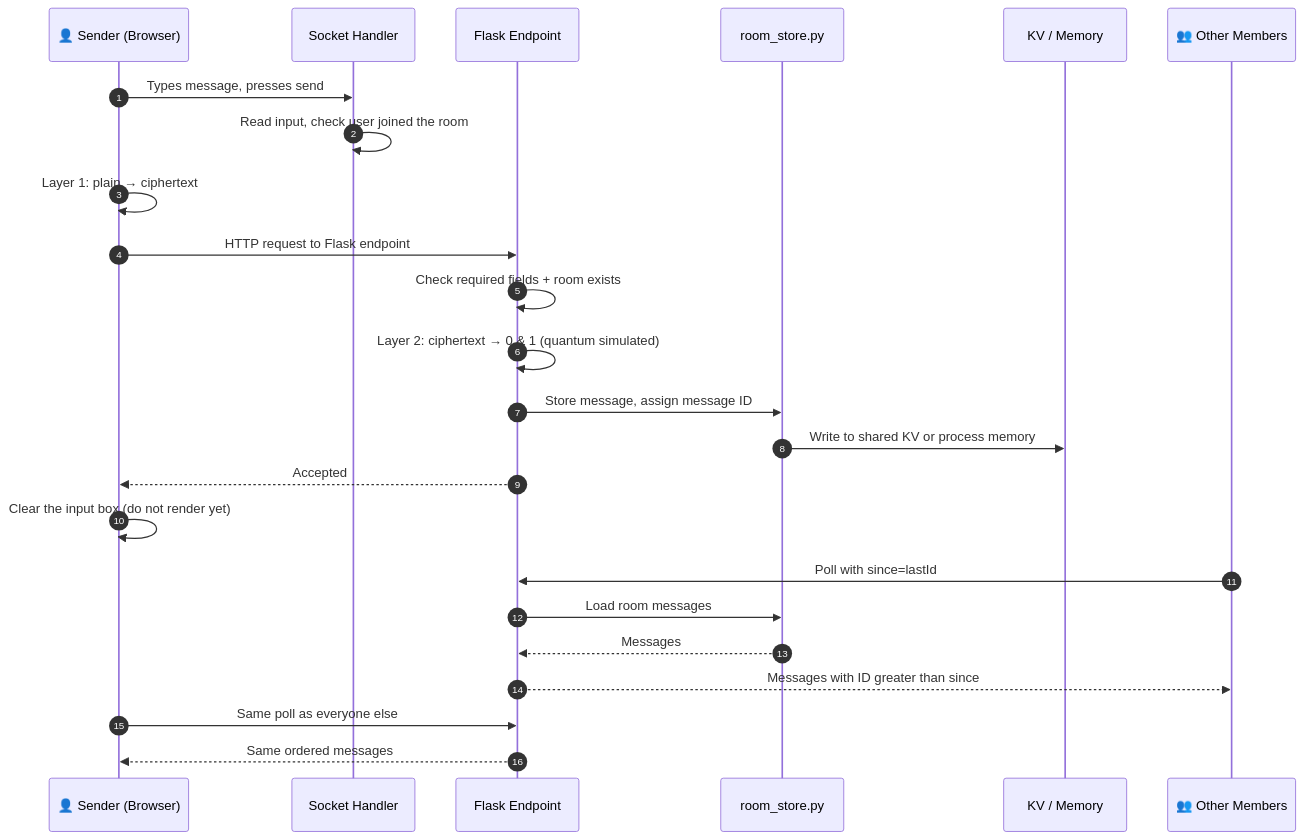
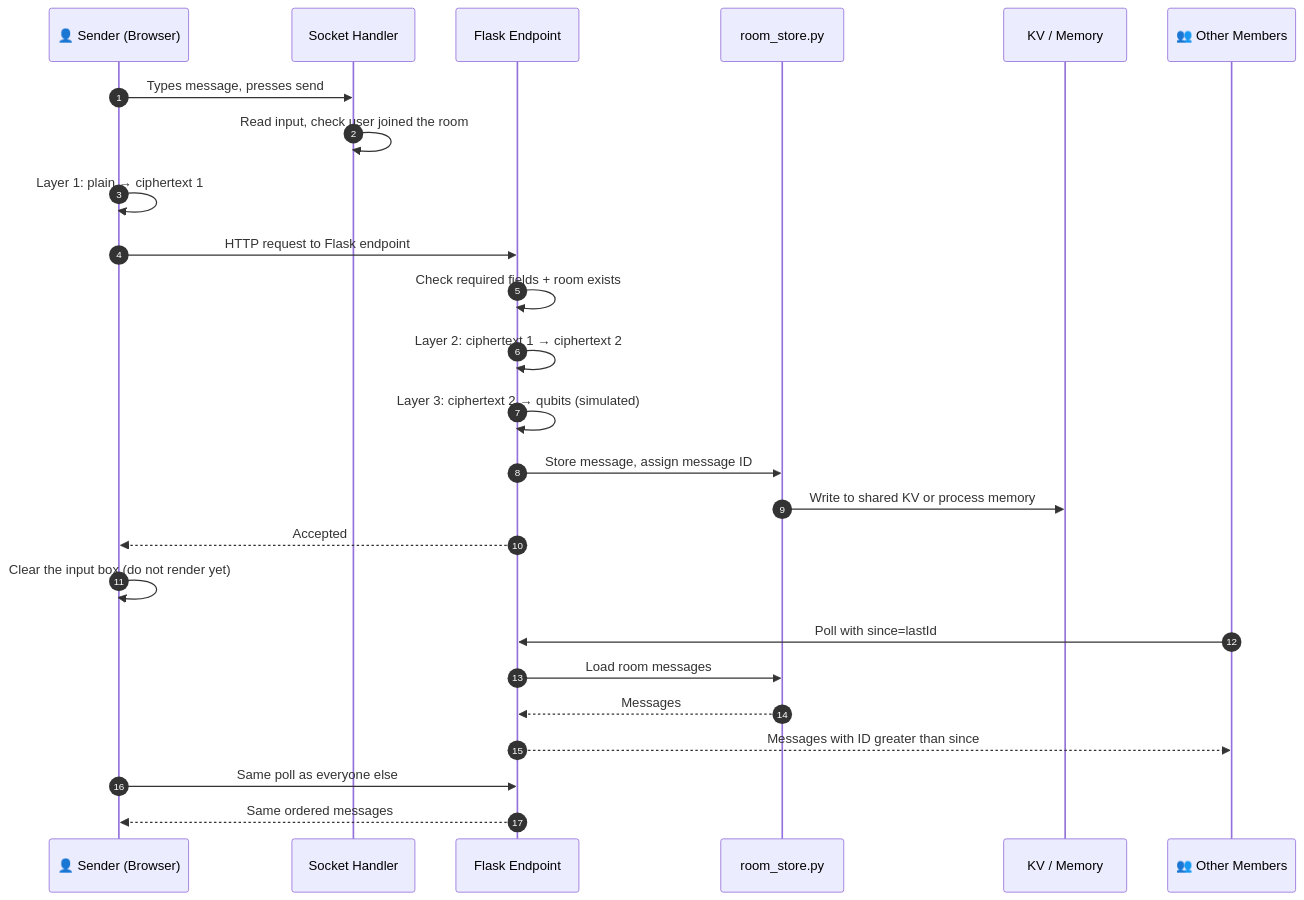
One commit to MrShadow009/Hybrid-Classical-Quantum-Secure-Messaging-Prototype changed the sixth of 20 diagrams in README.md. Above: the diagram before and after it, drawn with Mermaid. The commit also changed other lines of this file, not shown here.

````diff
--- a/README.md
+++ b/README.md
@@ -424,27 +444,28 @@
 ```mermaid
 sequenceDiagram
     autonumber
     participant U as 👤 Sender (Browser)
     participant SH as Socket Handler
     participant FL as Flask Endpoint
     participant RS as room_store.py
     participant KV as KV / Memory
     participant O as 👥 Other Members
 
     U->>SH: Types message, presses send
     SH->>SH: Read input, check user joined the room
-    U->>U: Layer 1: plain → ciphertext
+    U->>U: Layer 1: plain → ciphertext 1
     U->>FL: HTTP request to Flask endpoint
     FL->>FL: Check required fields + room exists
-    FL->>FL: Layer 2: ciphertext → 0 & 1 (quantum simulated)
+    FL->>FL: Layer 2: ciphertext 1 → ciphertext 2
+    FL->>FL: Layer 3: ciphertext 2 → qubits (simulated)
     FL->>RS: Store message, assign message ID
     RS->>KV: Write to shared KV or process memory
     FL-->>U: Accepted
     U->>U: Clear the input box (do not render yet)
     O->>FL: Poll with since=lastId
     FL->>RS: Load room messages
     RS-->>FL: Messages
     FL-->>O: Messages with ID greater than since
     U->>FL: Same poll as everyone else
     FL-->>U: Same ordered messages
 ```
````
